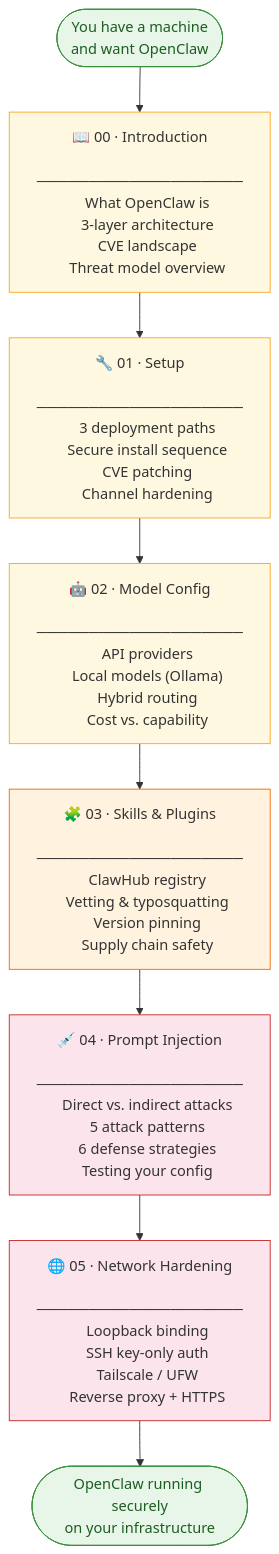
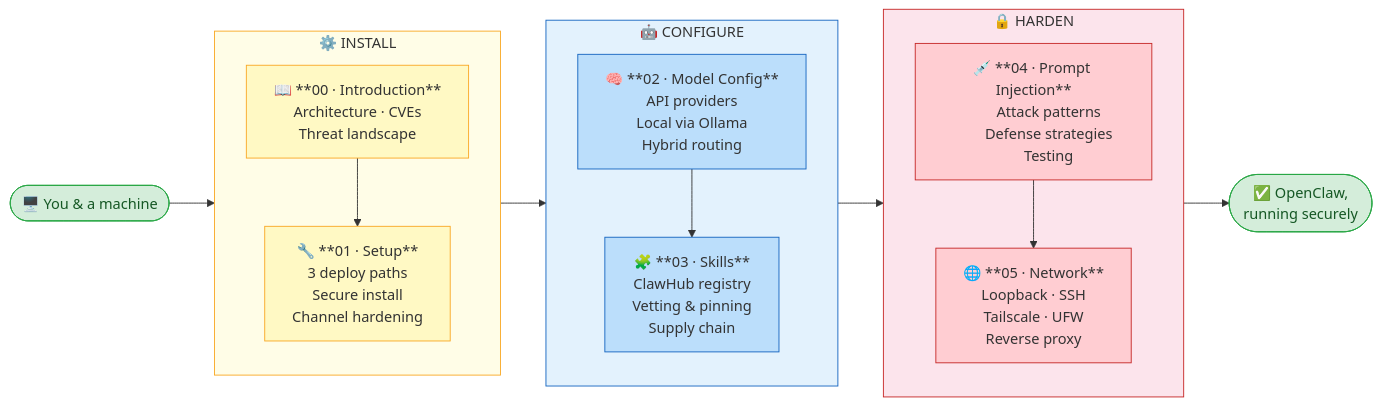
One commit to dlwhyte/openclaw-foundry changed the diagram in README.md. Above: the diagram before and after it, drawn with Mermaid. The commit also changed other lines of this file, not shown here.

Commit message:
Redesign README diagram: LR swimlane layout with Install/Configure/Harden phases

````diff
--- a/README.md
+++ b/README.md
@@ -9,57 +9,64 @@
 ```mermaid
-flowchart TD
-    A([You have a machine<br/>and want OpenClaw]) --> B
+flowchart LR
+    START(["🖥️ You &amp; a machine"])
 
-    B["📖 00 · Introduction
-    ────────────────────
-    What OpenClaw is
-    3-layer architecture
-    CVE landscape
-    Threat model overview"]
+    subgraph INSTALL ["⚙️  INSTALL"]
+        direction TB
+        M00["📖 **00 · Introduction**
+        Architecture · CVEs
+        Threat landscape"]
+        M01["🔧 **01 · Setup**
+        3 deploy paths
+        Secure install
+        Channel hardening"]
+        M00 --> M01
+    end
 
-    B --> C["🔧 01 · Setup
-    ────────────────────
-    3 deployment paths
-    Secure install sequence
-    CVE patching
-    Channel hardening"]
+    subgraph CONFIGURE ["🤖  CONFIGURE"]
+        direction TB
+        M02["🧠 **02 · Model Config**
+        API providers
+        Local via Ollama
+        Hybrid routing"]
+        M03["🧩 **03 · Skills**
+        ClawHub registry
+        Vetting &amp; pinning
+        Supply chain"]
+        M02 --> M03
+    end
 
-    C --> D["🤖 02 · Model Config
-    ────────────────────
-    API providers
-    Local models (Ollama)
-    Hybrid routing
-    Cost vs. capability"]
+    subgraph HARDEN ["🔒  HARDEN"]
+        direction TB
+        M04["💉 **04 · Prompt Injection**
+        Attack patterns
+        Defense strategies
+        Testing"]
+        M05["🌐 **05 · Network**
+        Loopback · SSH
+        Tailscale · UFW
+        Reverse proxy"]
+        M04 --> M05
+    end
 
-    D --> E["🧩 03 · Skills & Plugins
-    ────────────────────
-    ClawHub registry
-    Vetting & typosquatting
-    Version pinning
-    Supply chain safety"]
+    END(["✅ OpenClaw,
+    running securely"])
 
-    E --> F["💉 04 · Prompt Injection
-    ────────────────────
-    Direct vs. indirect attacks
-    5 attack patterns
-    6 defense strategies
-    Testing your config"]
+    START --> INSTALL
+    INSTALL --> CONFIGURE
+    CONFIGURE --> HARDEN
+    HARDEN --> END
 
-    F --> G["🌐 05 · Network Hardening
-    ────────────────────
-    Loopback binding
-    SSH key-only auth
-    Tailscale / UFW
-    Reverse proxy + HTTPS"]
+    style START fill:#d4edda,stroke:#28a745,color:#155724
+    style END   fill:#d4edda,stroke:#28a745,color:#155724
 
-    G --> H([OpenClaw running securely<br/>on your infrastructure])
+    style INSTALL   fill:#fffde7,stroke:#f9a825
+    style CONFIGURE fill:#e3f2fd,stroke:#1565c0
+    style HARDEN    fill:#fce4ec,stroke:#c62828
 
-    style A fill:#e8f5e9,stroke:#388e3c,color:#1b5e20
-    style H fill:#e8f5e9,stroke:#388e3c,color:#1b5e20
-    style B fill:#fff8e1,stroke:#f9a825,color:#333
-    style C fill:#fff8e1,stroke:#f9a825,color:#333
-    style D fill:#fff8e1,stroke:#f9a825,color:#333
-    style E fill:#fff3e0,stroke:#ef6c00,color:#333
-    style F fill:#fce4ec,stroke:#c62828,color:#333
-    style G fill:#fce4ec,stroke:#c62828,color:#333
+    style M00 fill:#fff9c4,stroke:#f9a825,color:#333
+    style M01 fill:#fff9c4,stroke:#f9a825,color:#333
+    style M02 fill:#bbdefb,stroke:#1565c0,color:#333
+    style M03 fill:#bbdefb,stroke:#1565c0,color:#333
+    style M04 fill:#ffcdd2,stroke:#c62828,color:#333
+    style M05 fill:#ffcdd2,stroke:#c62828,color:#333
 ```
````
